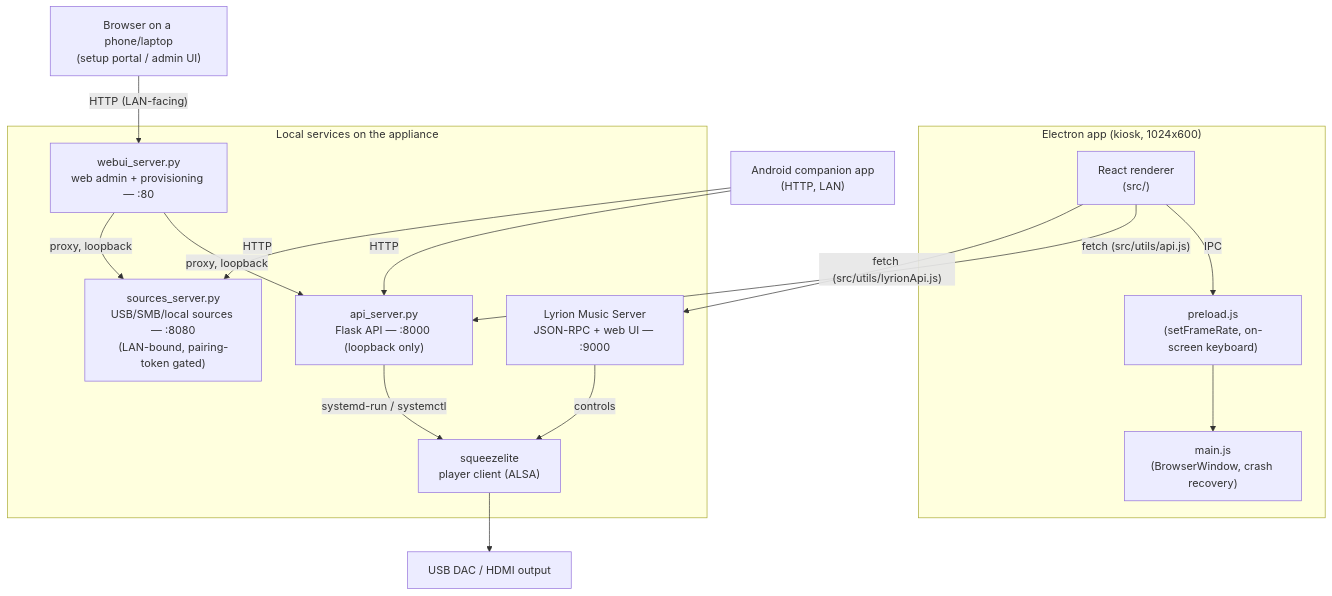
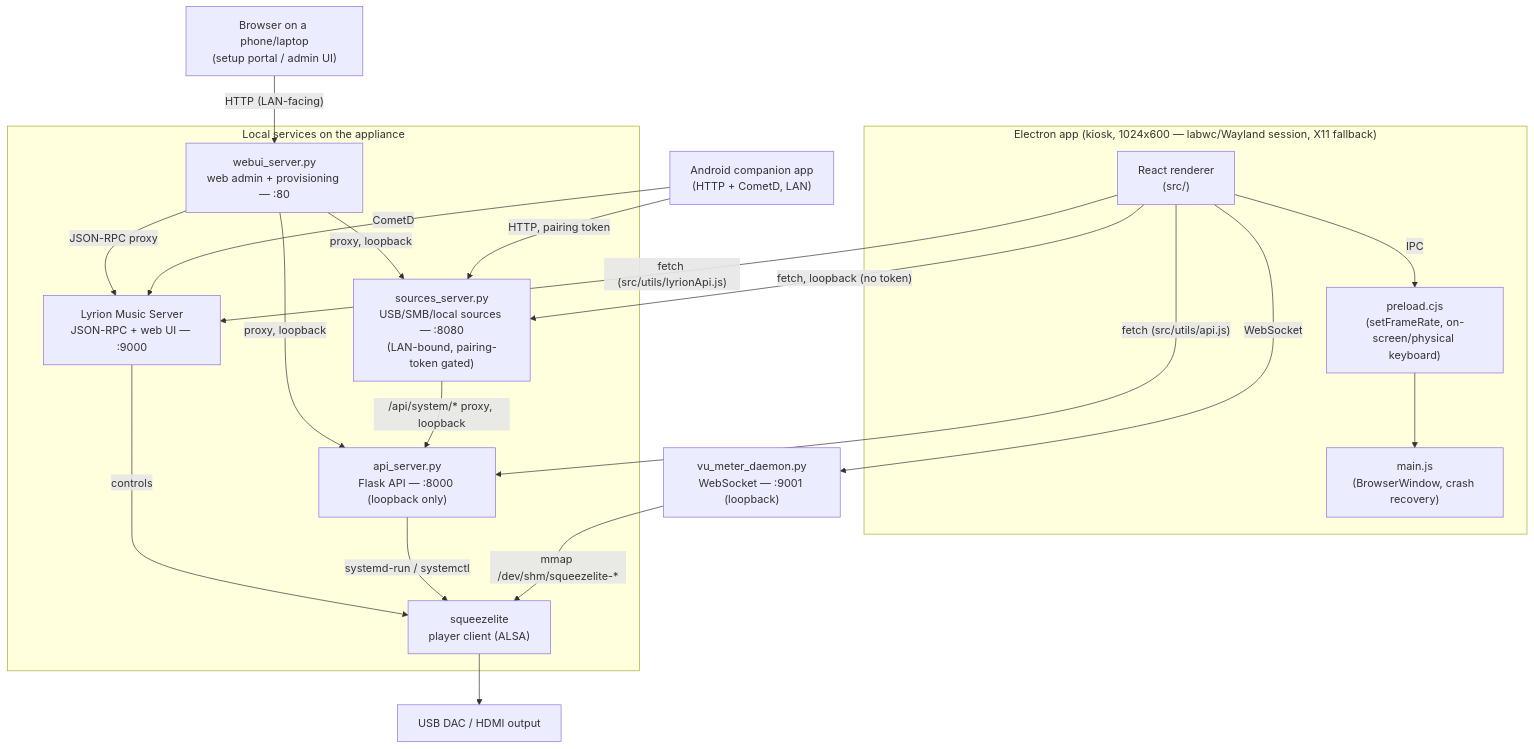
One commit to adri6412/osmium-sound changed the diagram in ARCHITECTURE.md. Above: the diagram before and after it, drawn with Mermaid. The commit also changed other lines of this file and 31 other files, not shown here.

````diff
--- a/ARCHITECTURE.md
+++ b/ARCHITECTURE.md
@@ -9,33 +9,39 @@
 ```mermaid
 flowchart TB
-    subgraph UI["Electron app (kiosk, 1024x600)"]
+    subgraph UI["Electron app (kiosk, 1024x600 — labwc/Wayland session, X11 fallback)"]
         Renderer["React renderer\n(src/)"]
-        Preload["preload.js\n(setFrameRate, on-screen keyboard)"]
+        Preload["preload.cjs\n(setFrameRate, on-screen/physical keyboard)"]
         Main["main.js\n(BrowserWindow, crash recovery)"]
     end
 
     subgraph Local["Local services on the appliance"]
         Flask["api_server.py\nFlask API — :8000 (loopback only)"]
         Sources["sources_server.py\nUSB/SMB/local sources — :8080\n(LAN-bound, pairing-token gated)"]
         WebUI["webui_server.py\nweb admin + provisioning — :80"]
         Lyrion["Lyrion Music Server\nJSON-RPC + web UI — :9000"]
         Squeezelite["squeezelite\nplayer client (ALSA)"]
     end
 
+    VU["vu_meter_daemon.py\nWebSocket — :9001 (loopback)"]
     DAC["USB DAC / HDMI output"]
-    Phone["Android companion app\n(HTTP, LAN)"]
+    Phone["Android companion app\n(HTTP + CometD, LAN)"]
     Browser["Browser on a phone/laptop\n(setup portal / admin UI)"]
 
     Renderer -- IPC --> Preload
     Preload --> Main
     Renderer -- "fetch (src/utils/api.js)" --> Flask
     Renderer -- "fetch (src/utils/lyrionApi.js)" --> Lyrion
+    Renderer -- "fetch, loopback (no token)" --> Sources
+    Renderer -- WebSocket --> VU
+    VU -- "mmap /dev/shm/squeezelite-*" --> Squeezelite
     Flask -- systemd-run / systemctl --> Squeezelite
     Lyrion -- controls --> Squeezelite
     Squeezelite --> DAC
-    Phone -- HTTP --> Flask
-    Phone -- HTTP --> Sources
+    Phone -- "HTTP, pairing token" --> Sources
+    Phone -- CometD --> Lyrion
+    Sources -- "/api/system/* proxy, loopback" --> Flask
     Browser -- "HTTP (LAN-facing)" --> WebUI
     WebUI -- "proxy, loopback" --> Flask
     WebUI -- "proxy, loopback" --> Sources
+    WebUI -- "JSON-RPC proxy" --> Lyrion
 ```
````
